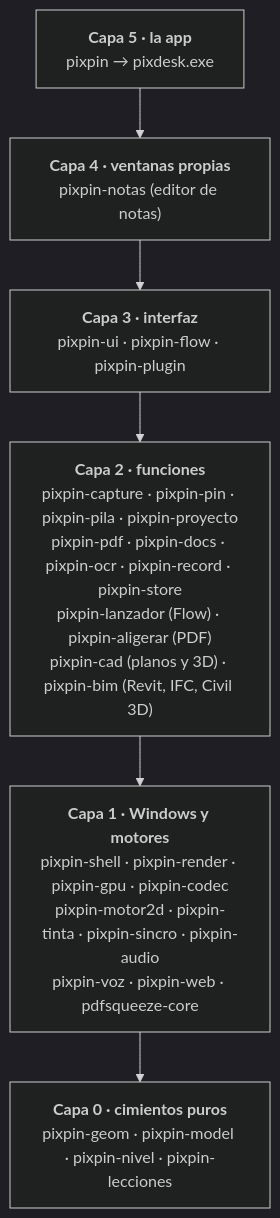
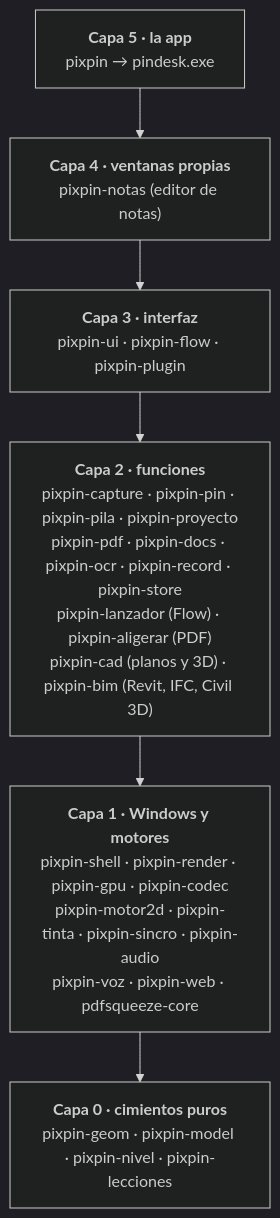
The fourth of 4 diagrams in README.md (1xmanMAX/PIXPIN_PRO_WINDOWS), drawn with Mermaid (dark theme) before and after one commit. The commit also changed other lines of this file and 225 other files, not shown here.

````diff
--- a/README.md
+++ b/README.md
@@ -697,10 +697,10 @@
 ```mermaid
 flowchart TB
-    L5["<b>Capa 5 · la app</b><br/>pixpin → pixdesk.exe"]
+    L5["<b>Capa 5 · la app</b><br/>pixpin → pindesk.exe"]
     L4["<b>Capa 4 · ventanas propias</b><br/>pixpin-notas (editor de notas)"]
     L3["<b>Capa 3 · interfaz</b><br/>pixpin-ui · pixpin-flow · pixpin-plugin"]
     L2["<b>Capa 2 · funciones</b><br/>pixpin-capture · pixpin-pin · pixpin-pila · pixpin-proyecto<br/>pixpin-pdf · pixpin-docs · pixpin-ocr · pixpin-record · pixpin-store<br/>pixpin-lanzador (Flow) · pixpin-aligerar (PDF)<br/>pixpin-cad (planos y 3D) · pixpin-bim (Revit, IFC, Civil 3D)"]
     L1["<b>Capa 1 · Windows y motores</b><br/>pixpin-shell · pixpin-render · pixpin-gpu · pixpin-codec<br/>pixpin-motor2d · pixpin-tinta · pixpin-sincro · pixpin-audio<br/>pixpin-voz · pixpin-web · pdfsqueeze-core"]
     L0["<b>Capa 0 · cimientos puros</b><br/>pixpin-geom · pixpin-model · pixpin-nivel · pixpin-lecciones"]
     L5 --> L4 --> L3 --> L2 --> L1 --> L0
 ```
````
